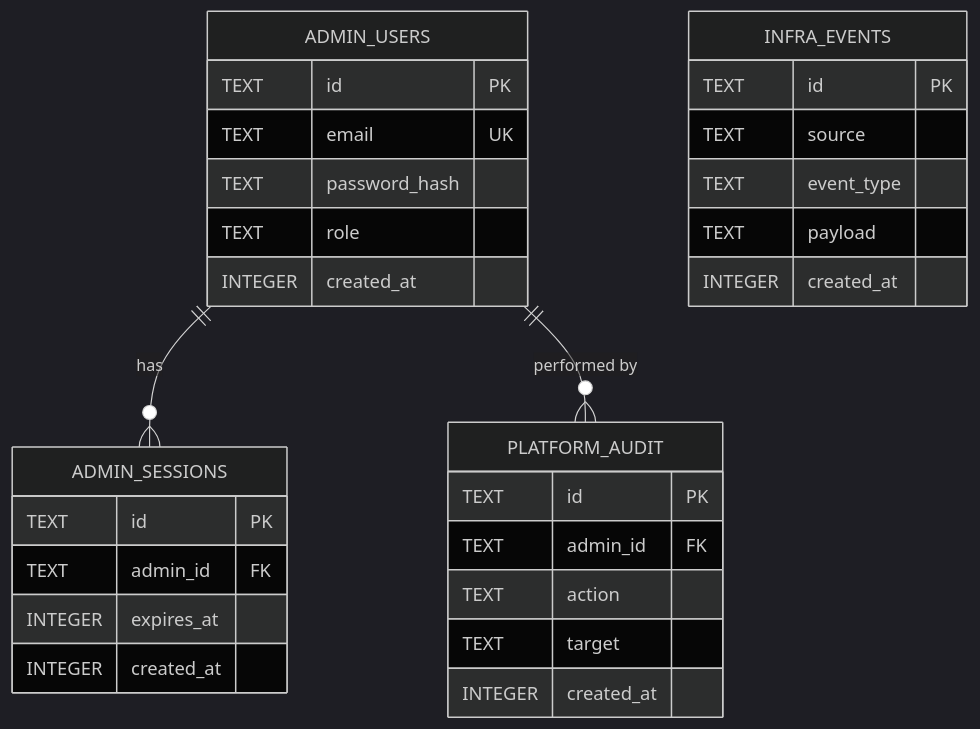
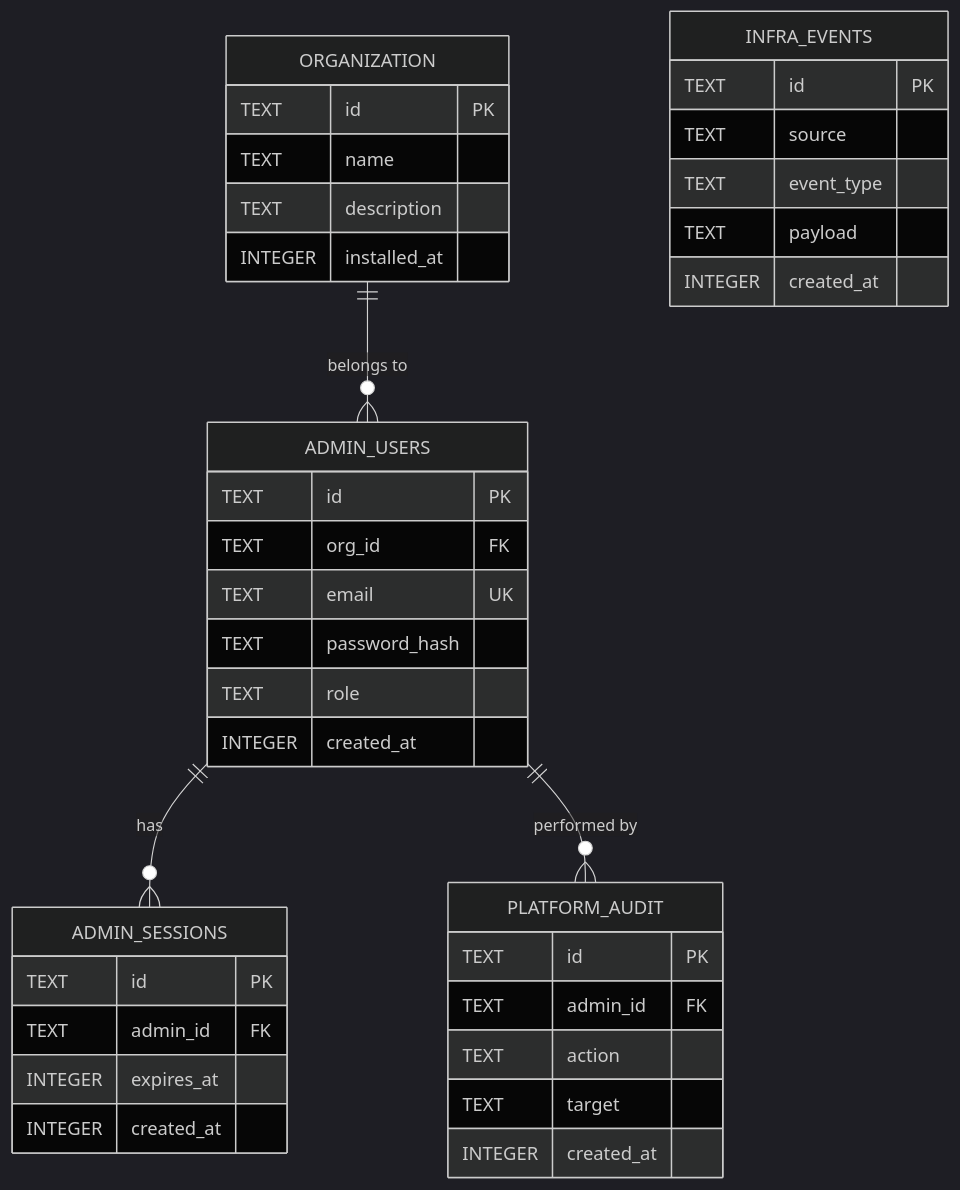
Before and after one commit to NabilMouzouna/NubleStation: the diagram in docs/documentation/console-sqlite-schema.md, drawn with Mermaid (dark theme). The commit also changed other lines of this file, not shown here.

Commit message:
docs: add organization table to console SQLite schema

````diff
--- a/docs/documentation/console-sqlite-schema.md
+++ b/docs/documentation/console-sqlite-schema.md
@@ -7,36 +7,45 @@
 ```mermaid
 erDiagram
+    ORGANIZATION {
+        TEXT id PK
+        TEXT name
+        TEXT description
+        INTEGER installed_at
+    }
+
     ADMIN_USERS {
         TEXT id PK
+        TEXT org_id FK
         TEXT email UK
         TEXT password_hash
         TEXT role
         INTEGER created_at
     }
 
     ADMIN_SESSIONS {
         TEXT id PK
         TEXT admin_id FK
         INTEGER expires_at
         INTEGER created_at
     }
 
     INFRA_EVENTS {
         TEXT id PK
         TEXT source
         TEXT event_type
         TEXT payload
         INTEGER created_at
     }
 
     PLATFORM_AUDIT {
         TEXT id PK
         TEXT admin_id FK
         TEXT action
         TEXT target
         INTEGER created_at
     }
 
+    ORGANIZATION ||--o{ ADMIN_USERS : "belongs to"
     ADMIN_USERS ||--o{ ADMIN_SESSIONS : "has"
     ADMIN_USERS ||--o{ PLATFORM_AUDIT : "performed by"
 ```
````
